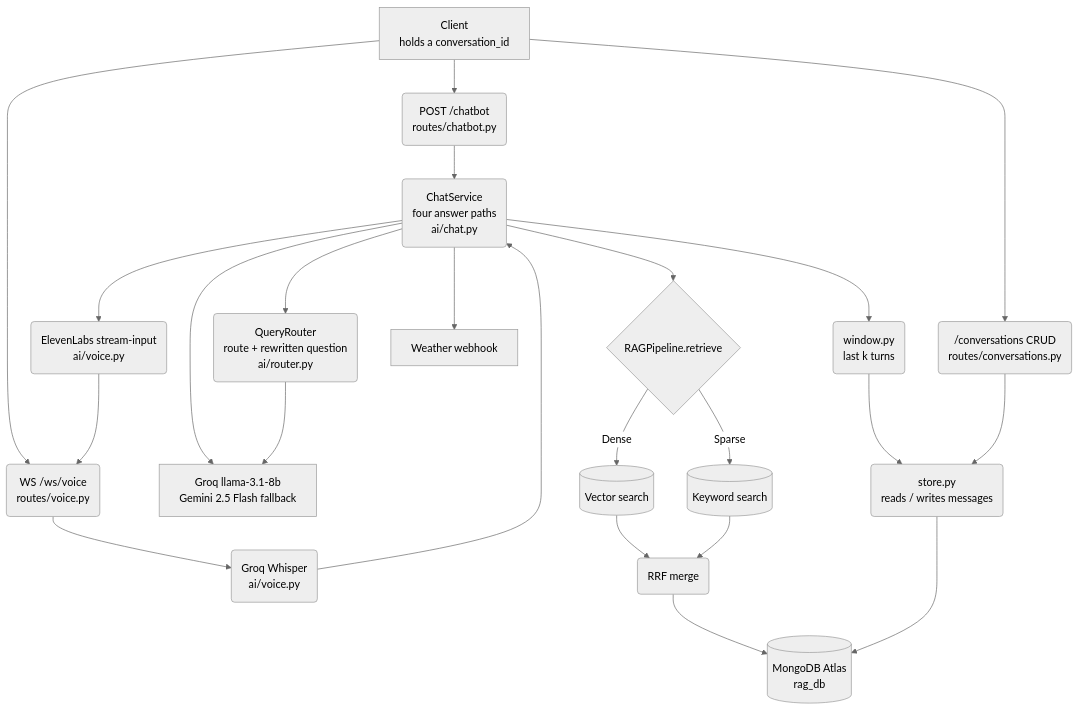
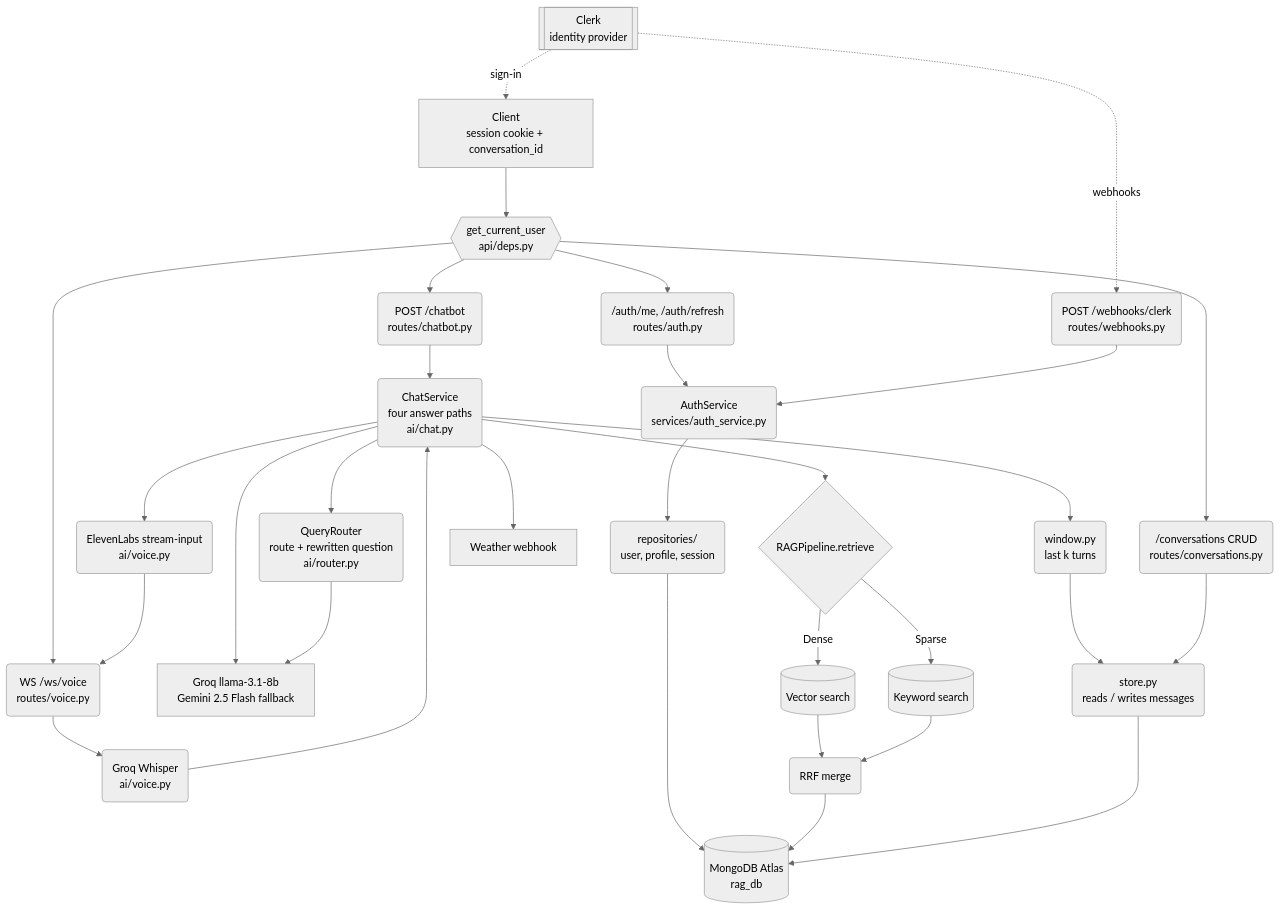
The first of 4 diagrams in docs/architecture.md (Harish1404/Naive-RAG-LangChain), drawn with Mermaid (neutral theme) before and after one commit. The commit also changed other lines of this file and 25 other files, not shown here.

Commit message:
Clerk auth Imp

````diff
--- a/docs/architecture.md
+++ b/docs/architecture.md
@@ -35,29 +41,39 @@
 ```mermaid
 graph TD
-    UI[Client<br/>holds a conversation_id] --> CHATEP(POST /chatbot<br/>routes/chatbot.py)
-    UI --> VOICEEP(WS /ws/voice<br/>routes/voice.py)
-    UI --> CONVEP(/conversations CRUD<br/>routes/conversations.py)
+    CLERK[[Clerk<br/>identity provider]] -.sign-in.-> UI
+    CLERK -.webhooks.-> WH(POST /webhooks/clerk<br/>routes/webhooks.py)
+
+    UI[Client<br/>session cookie + conversation_id] --> GATE
+    GATE{{get_current_user<br/>api/deps.py}} --> CHATEP(POST /chatbot<br/>routes/chatbot.py)
+    GATE --> VOICEEP(WS /ws/voice<br/>routes/voice.py)
+    GATE --> CONVEP(/conversations CRUD<br/>routes/conversations.py)
+    GATE --> AUTHEP(/auth/me, /auth/refresh<br/>routes/auth.py)
+
+    AUTHEP --> AUTHSVC(AuthService<br/>services/auth_service.py)
+    WH --> AUTHSVC
+    AUTHSVC --> REPOS(repositories/<br/>user, profile, session)
+    REPOS --> DB
 
     VOICEEP --> STT(Groq Whisper<br/>ai/voice.py)
     STT --> SERVICE
     CHATEP --> SERVICE(ChatService<br/>four answer paths<br/>ai/chat.py)
 
     SERVICE --> ROUTER(QueryRouter<br/>route + rewritten question<br/>ai/router.py)
     SERVICE --> WINDOW(window.py<br/>last k turns)
     SERVICE --> PIPE{RAGPipeline.retrieve}
     SERVICE --> HOOK[Weather webhook]
     SERVICE --> LLM[Groq llama-3.1-8b<br/>Gemini 2.5 Flash fallback]
     SERVICE --> TTS(ElevenLabs stream-input<br/>ai/voice.py)
     TTS --> VOICEEP
 
     ROUTER --> LLM
     PIPE -->|Dense| VEC[(Vector search)]
     PIPE -->|Sparse| KEY[(Keyword search)]
     VEC --> RRF(RRF merge)
     KEY --> RRF
     RRF --> DB[(MongoDB Atlas<br/>rag_db)]
 
     WINDOW --> STORE(store.py<br/>reads / writes messages)
     CONVEP --> STORE
     STORE --> DB
 ```
````
